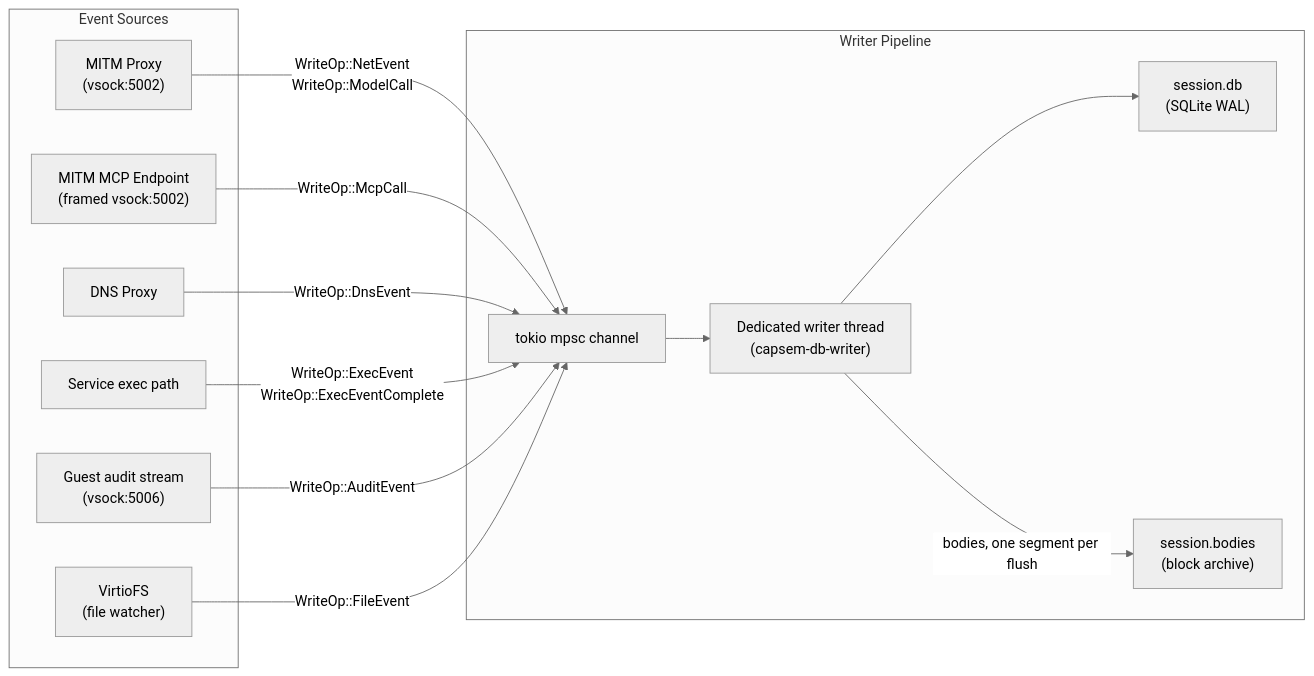
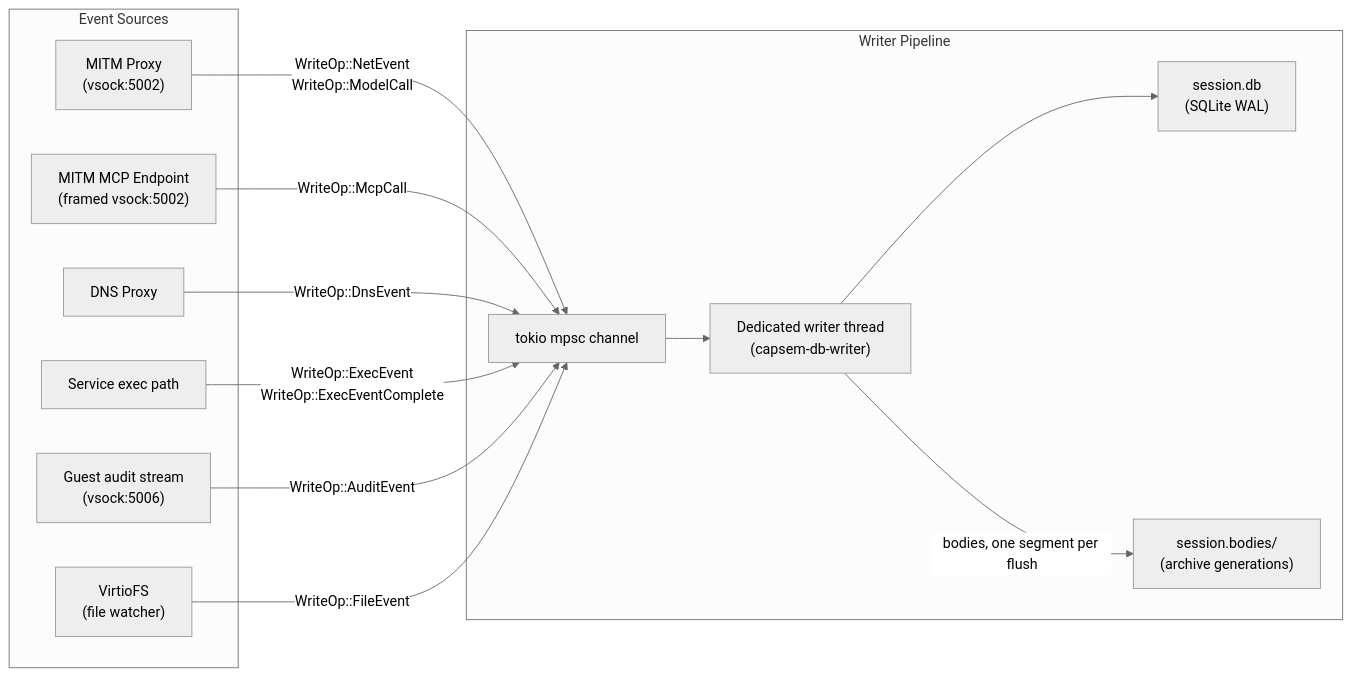
The third of 4 diagrams in web/docs/src/content/docs/architecture/session-telemetry.md (google/capsem), drawn with Mermaid (neutral theme) before and after one commit. The commit also changed other lines of this file, not shown here.

Commit message:
docs(telemetry): describe selected archive generations and durability

````diff
--- a/web/docs/src/content/docs/architecture/session-telemetry.md
+++ b/web/docs/src/content/docs/architecture/session-telemetry.md
@@ -627,28 +627,28 @@
 ```mermaid
 graph LR
     subgraph "Event Sources"
         MITM["MITM Proxy<br/>(vsock:5002)"]
         MCP["MITM MCP Endpoint<br/>(framed vsock:5002)"]
         DNS["DNS Proxy"]
         EXEC["Service exec path"]
         AUDIT["Guest audit stream<br/>(vsock:5006)"]
         FS["VirtioFS<br/>(file watcher)"]
     end
 
     subgraph "Writer Pipeline"
         CH["tokio mpsc channel"]
         WT["Dedicated writer thread<br/>(capsem-db-writer)"]
         DB["session.db<br/>(SQLite WAL)"]
-        BODIES["session.bodies<br/>(block archive)"]
+        BODIES["session.bodies/<br/>(archive generations)"]
     end
 
     MITM -->|"WriteOp::NetEvent<br/>WriteOp::ModelCall"| CH
     MCP -->|"WriteOp::McpCall"| CH
     DNS -->|"WriteOp::DnsEvent"| CH
     EXEC -->|"WriteOp::ExecEvent<br/>WriteOp::ExecEventComplete"| CH
     AUDIT -->|"WriteOp::AuditEvent"| CH
     FS -->|"WriteOp::FileEvent"| CH
     CH --> WT
     WT --> DB
     WT -->|"bodies, one segment per flush"| BODIES
 ```
````
